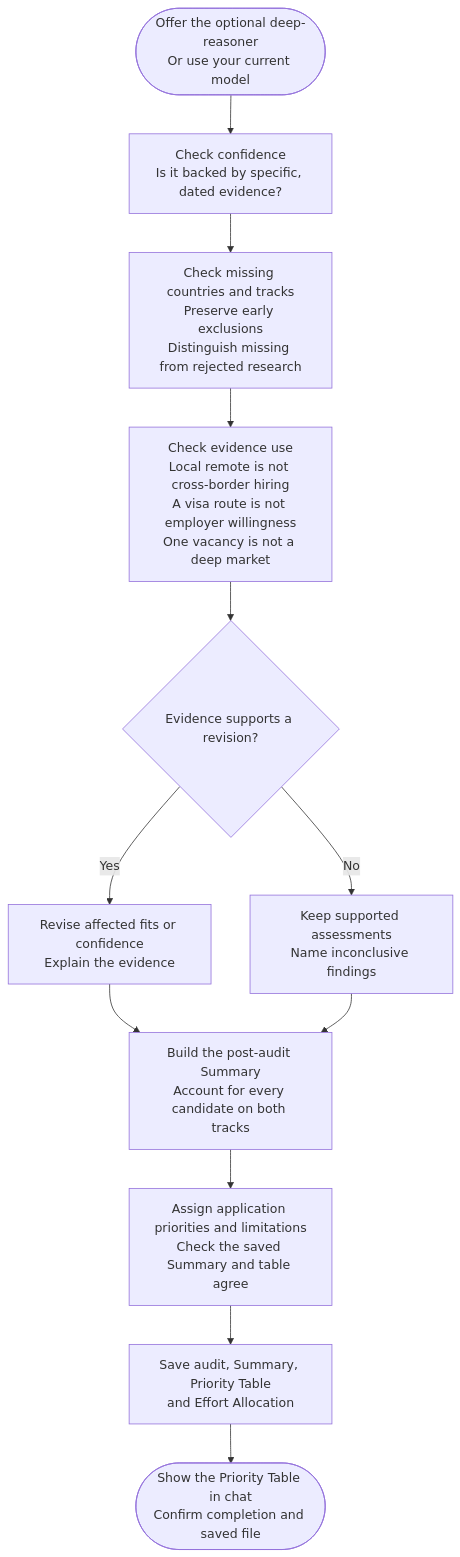
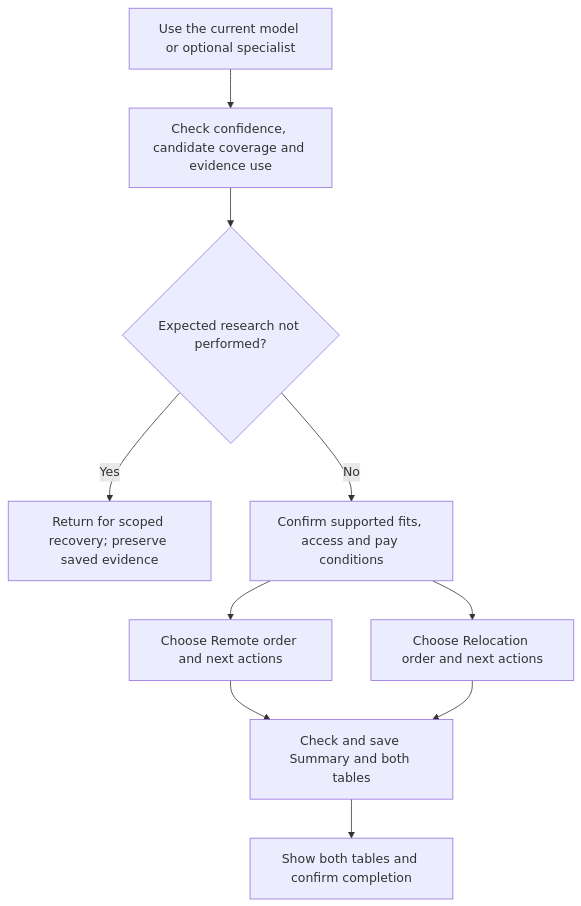
The diagram in docs/commands/country-finder/step6-final-ranking/detailed.md (myowinthein/agent-compass), drawn with Mermaid before and after one commit. The commit also changed other lines of this file and 32 other files, not shown here.

````diff
--- a/docs/commands/country-finder/step6-final-ranking/detailed.md
+++ b/docs/commands/country-finder/step6-final-ranking/detailed.md
@@ -23,14 +24,12 @@
 ```mermaid
 flowchart TD
-  Start(["Offer the optional deep-reasoner<br/>Or use your current model"]) --> C1["Check confidence<br/>Is it backed by specific, dated evidence?"]
-  C1 --> C2["Check missing countries and tracks<br/>Preserve early exclusions<br/>Distinguish missing from rejected research"]
-  C2 --> C3["Check evidence use<br/>Local remote is not cross-border hiring<br/>A visa route is not employer willingness<br/>One vacancy is not a deep market"]
-  C3 --> Verdict{"Evidence supports a revision?"}
-  Verdict -->|Yes| Revise["Revise affected fits or confidence<br/>Explain the evidence"]
-  Verdict -->|No| Keep["Keep supported assessments<br/>Name inconclusive findings"]
-  Revise --> Summary["Build the post-audit Summary<br/>Account for every candidate on both tracks"]
-  Keep --> Summary
-  Summary --> Priority["Assign application priorities and limitations<br/>Check the saved Summary and table agree"]
-  Priority --> Save["Save audit, Summary, Priority Table<br/>and Effort Allocation"]
-  Save --> End(["Show the Priority Table in chat<br/>Confirm completion and saved file"])
+  Start["Use the current model or optional specialist"] --> Audit["Check confidence, candidate coverage and evidence use"]
+  Audit --> Missing{"Expected research not performed?"}
+  Missing -->|Yes| Repair["Return for scoped recovery; preserve saved evidence"]
+  Missing -->|No| Fits["Confirm supported fits, access and pay conditions"]
+  Fits --> Remote["Choose Remote order and next actions"]
+  Fits --> Relocation["Choose Relocation order and next actions"]
+  Remote --> Save["Check and save Summary and both tables"]
+  Relocation --> Save
+  Save --> End["Show both tables and confirm completion"]
 ```
````
